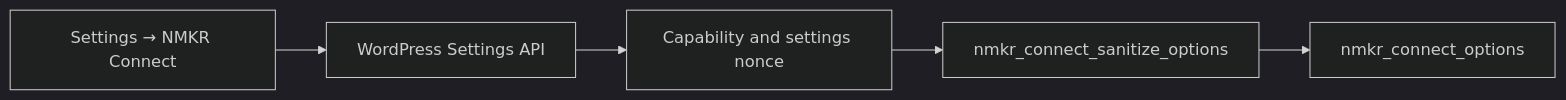
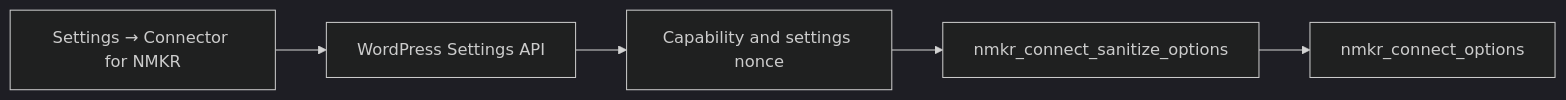
One commit to ROCSI-eu/WordPress-NMKR-Connect changed the first of 4 diagrams in docs/developer-guide.md. Above: the diagram before and after it, drawn with Mermaid (dark theme). The commit also changed other lines of this file and 58 other files, not shown here.

First line of the commit message:
M5-03: align WordPress.org release identity for Connector for NMKR (#112)

````diff
--- a/docs/developer-guide.md
+++ b/docs/developer-guide.md
@@ -62,7 +63,7 @@
 ```mermaid
 flowchart LR
-    A[Settings → NMKR Connect] --> B[WordPress Settings API]
+    A[Settings → Connector for NMKR] --> B[WordPress Settings API]
     B --> C[Capability and settings nonce]
     C --> D[nmkr_connect_sanitize_options]
     D --> E[nmkr_connect_options]
 ```
````
